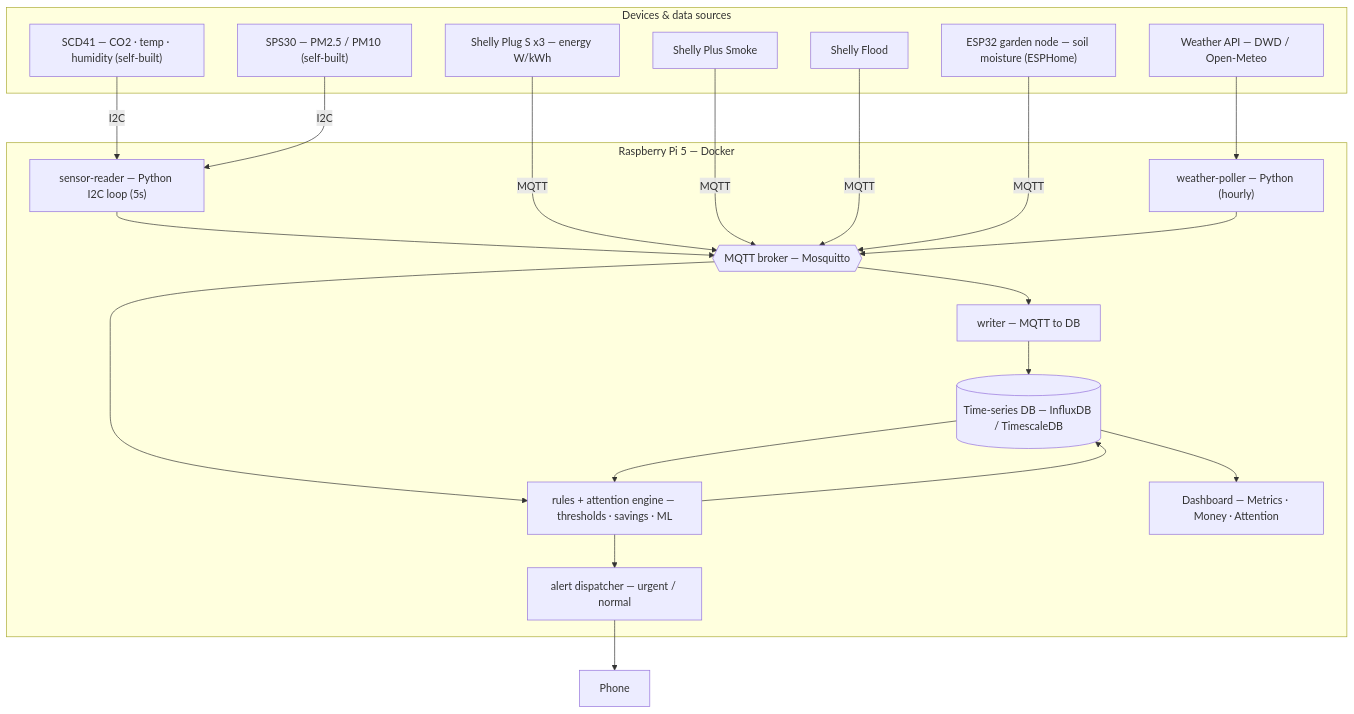
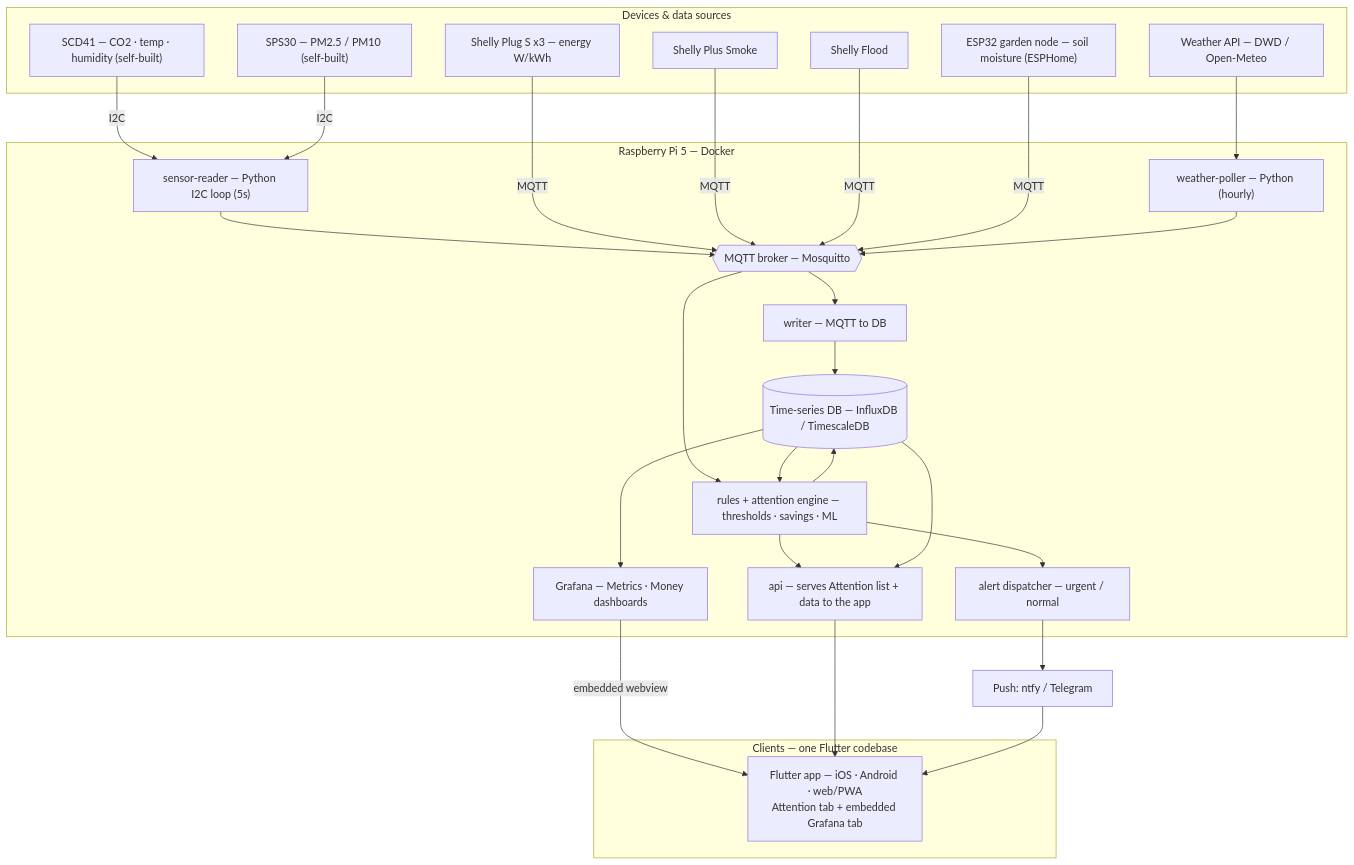
Before and after one commit to sjathin/home-observability: the diagram in docs/architecture.md, drawn with Mermaid. The commit also changed other lines of this file and 1 other file, not shown here.

First line of the commit message:
Lock in Grafana + Flutter app + push service

````diff
--- a/docs/architecture.md
+++ b/docs/architecture.md
@@ -8,41 +8,49 @@
 ```mermaid
 flowchart TB
     subgraph edge["Devices & data sources"]
         scd["SCD41 — CO2 · temp · humidity (self-built)"]
         sps["SPS30 — PM2.5 / PM10 (self-built)"]
         plugs["Shelly Plug S x3 — energy W/kWh"]
         smoke["Shelly Plus Smoke"]
         flood["Shelly Flood"]
         soil["ESP32 garden node — soil moisture (ESPHome)"]
         wx["Weather API — DWD / Open-Meteo"]
     end
 
     subgraph pi["Raspberry Pi 5 — Docker"]
         reader["sensor-reader — Python I2C loop (5s)"]
         wxpoll["weather-poller — Python (hourly)"]
         broker{{"MQTT broker — Mosquitto"}}
         writer["writer — MQTT to DB"]
         db[("Time-series DB — InfluxDB / TimescaleDB")]
         rules["rules + attention engine — thresholds · savings · ML"]
-        dash["Dashboard — Metrics · Money · Attention"]
+        api["api — serves Attention list + data to the app"]
+        grafana["Grafana — Metrics · Money dashboards"]
         alerter["alert dispatcher — urgent / normal"]
     end
 
-    phone["Phone"]
+    subgraph clients["Clients — one Flutter codebase"]
+        app["Flutter app — iOS · Android · web/PWA<br/>Attention tab + embedded Grafana tab"]
+    end
+    push["Push: ntfy / Telegram"]
 
     scd -->|I2C| reader
     sps -->|I2C| reader
     reader --> broker
     plugs -->|MQTT| broker
     smoke -->|MQTT| broker
     flood -->|MQTT| broker
     soil -->|MQTT| broker
     wx --> wxpoll --> broker
 
     broker --> writer --> db
     broker --> rules
     db --> rules
     rules --> db
-    db --> dash
-    rules --> alerter --> phone
+    db --> grafana
+    rules --> api
+    db --> api
+    grafana -->|embedded webview| app
+    api --> app
+    rules --> alerter --> push --> app
 ```
````
